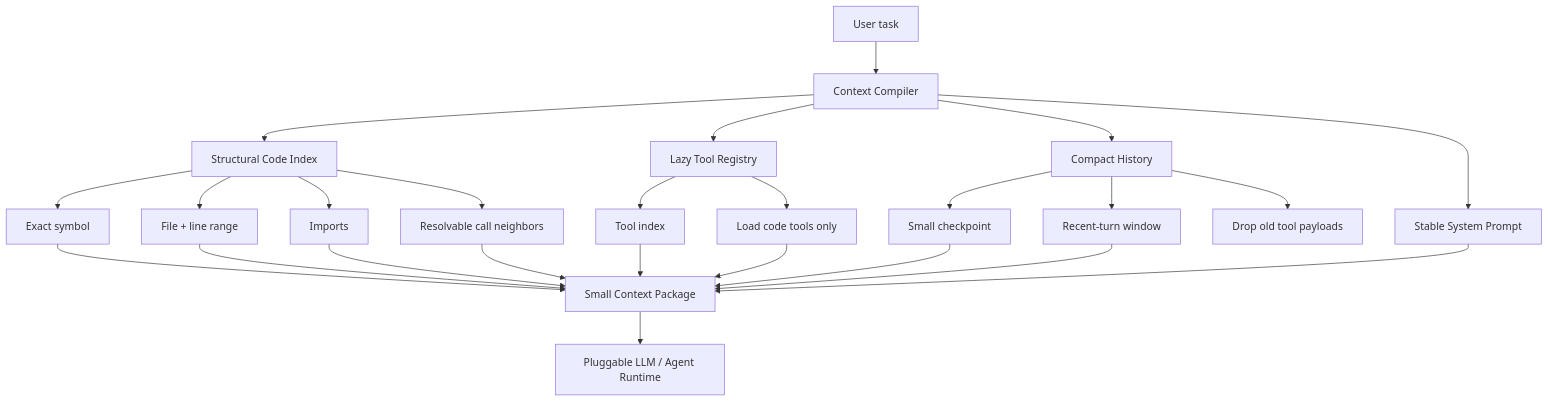
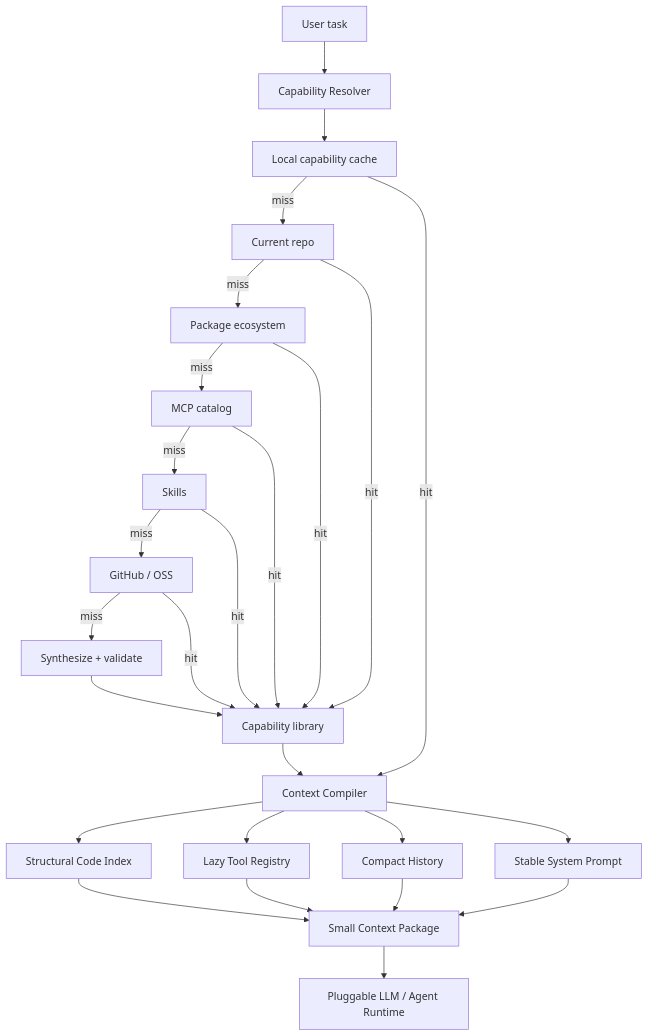
One commit to kisibongtoi772/agent_sufficiency_system changed the diagram in README.md. Above: the diagram before and after it, drawn with Mermaid. The commit also changed other lines of this file, not shown here.

Commit message:
docs: integrate capability reuse architecture and results

````diff
--- a/README.md
+++ b/README.md
@@ -95,33 +127,33 @@
 ```mermaid
 flowchart TD
-    A[User task] --> B[Context Compiler]
+    A[User task] --> R[Capability Resolver]
+
+    R --> R0[Local capability cache]
+    R0 -->|miss| R1[Current repo]
+    R1 -->|miss| R2[Package ecosystem]
+    R2 -->|miss| R3[MCP catalog]
+    R3 -->|miss| R4[Skills]
+    R4 -->|miss| R5[GitHub / OSS]
+    R5 -->|miss| S[Synthesize + validate]
+    S --> L[Capability library]
+
+    R0 -->|hit| B[Context Compiler]
+    R1 -->|hit| L
+    R2 -->|hit| L
+    R3 -->|hit| L
+    R4 -->|hit| L
+    R5 -->|hit| L
+    L --> B
 
     B --> C[Structural Code Index]
     B --> D[Lazy Tool Registry]
     B --> E[Compact History]
     B --> F[Stable System Prompt]
 
-    C --> C1[Exact symbol]
-    C --> C2[File + line range]
-    C --> C3[Imports]
-    C --> C4[Resolvable call neighbors]
-
-    D --> D1[Tool index]
-    D --> D2[Load code tools only]
-
-    E --> E1[Small checkpoint]
-    E --> E2[Recent-turn window]
-    E --> E3[Drop old tool payloads]
-
-    C1 --> G[Small Context Package]
-    C2 --> G
-    C3 --> G
-    C4 --> G
-    D1 --> G
-    D2 --> G
-    E1 --> G
-    E2 --> G
+    C --> G[Small Context Package]
+    D --> G
+    E --> G
     F --> G
 
     G --> H[Pluggable LLM / Agent Runtime]
 ```
````
